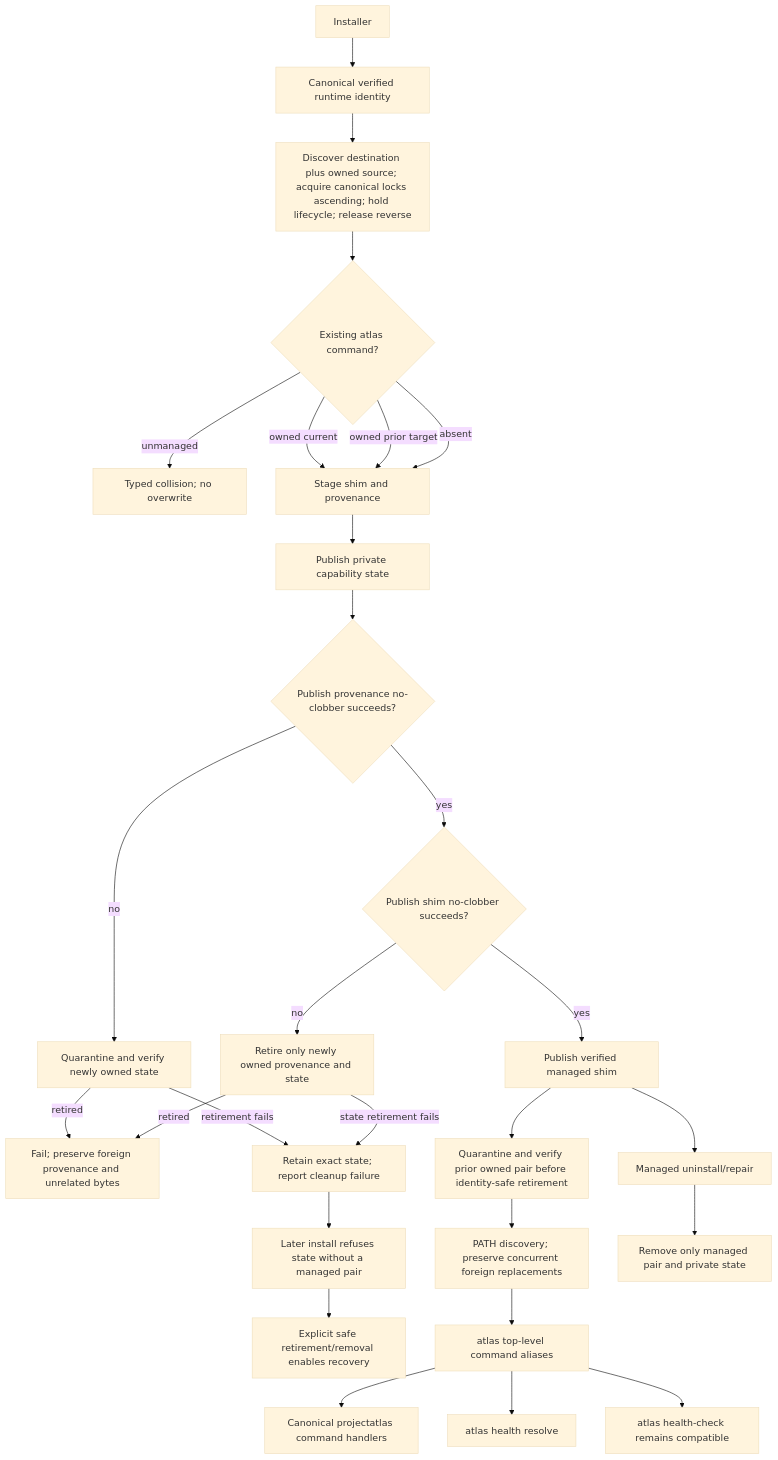
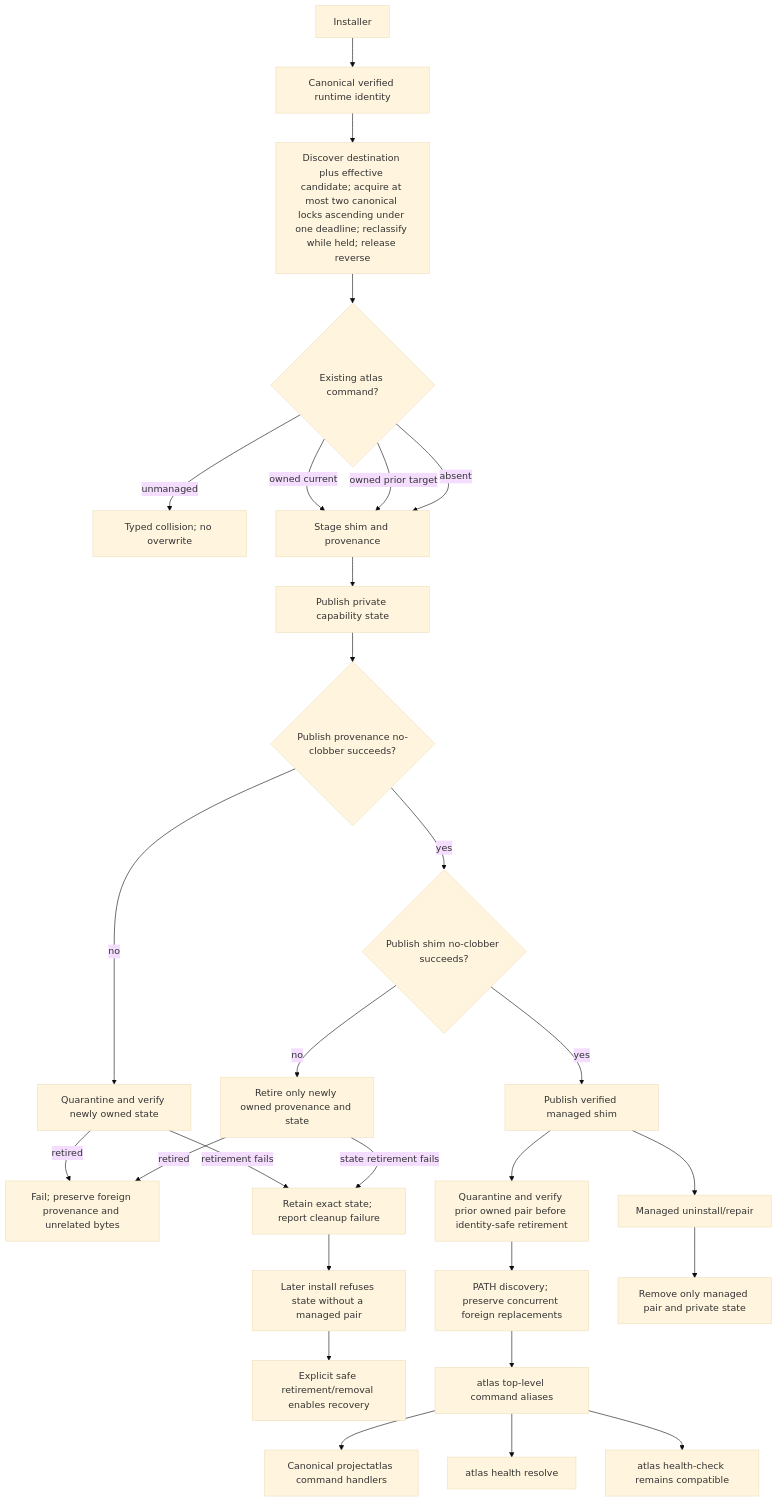
Diagram 27 of 28 in docs/v050-release-architecture.md (styler-ai/ProjectAtlas), drawn with Mermaid (base theme) before and after one commit. The commit also changed 4 other files, not shown here.

````diff
--- a/docs/v050-release-architecture.md
+++ b/docs/v050-release-architecture.md
@@ -428,30 +428,30 @@
 ```mermaid
 flowchart TB
   installer[Installer] --> identity[Canonical verified runtime identity]
-  identity --> locks[Discover destination plus owned source; acquire canonical locks ascending; hold lifecycle; release reverse]
+  identity --> locks[Discover destination plus effective candidate; acquire at most two canonical locks ascending under one deadline; reclassify while held; release reverse]
   locks --> collision{Existing atlas command?}
   collision -->|unmanaged| reject[Typed collision; no overwrite]
   collision -->|owned current| stage[Stage shim and provenance]
   collision -->|owned prior target| stage
   collision -->|absent| stage
   stage --> state[Publish private capability state]
   state --> provenance{Publish provenance no-clobber succeeds?}
   provenance -->|no| state_cleanup[Quarantine and verify newly owned state]
   state_cleanup -->|retired| reject_publication[Fail; preserve foreign provenance and unrelated bytes]
   state_cleanup -->|retirement fails| retained[Retain exact state; report cleanup failure]
   retained --> refuse[Later install refuses state without a managed pair]
   refuse --> recover[Explicit safe retirement/removal enables recovery]
   provenance -->|yes| forwarder{Publish shim no-clobber succeeds?}
   forwarder -->|no| pair_cleanup[Retire only newly owned provenance and state]
   pair_cleanup -->|retired| reject_publication
   pair_cleanup -->|state retirement fails| retained
   forwarder -->|yes| shim[Publish verified managed shim]
   shim --> migrate[Quarantine and verify prior owned pair before identity-safe retirement]
   migrate --> discover[PATH discovery; preserve concurrent foreign replacements]
   discover --> aliases[atlas top-level command aliases]
   aliases --> canonical[Canonical projectatlas command handlers]
   aliases --> resolve[atlas health resolve]
   aliases --> legacy[atlas health-check remains compatible]
   shim --> uninstall[Managed uninstall/repair]
   uninstall --> clean[Remove only managed pair and private state]
 ```
````
